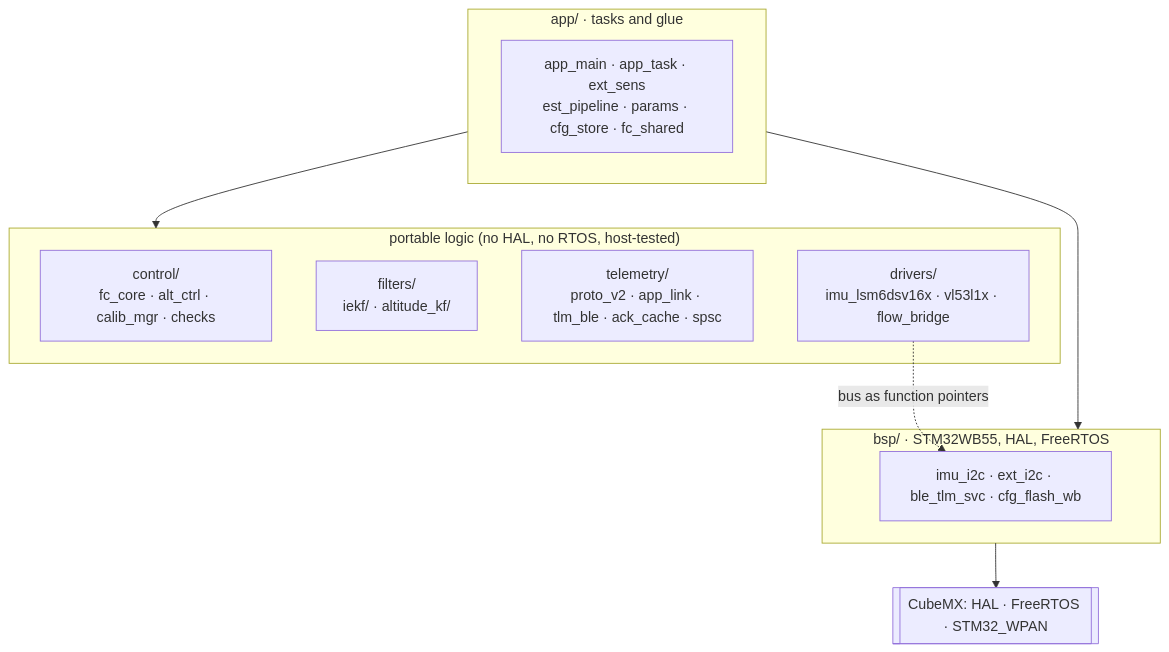
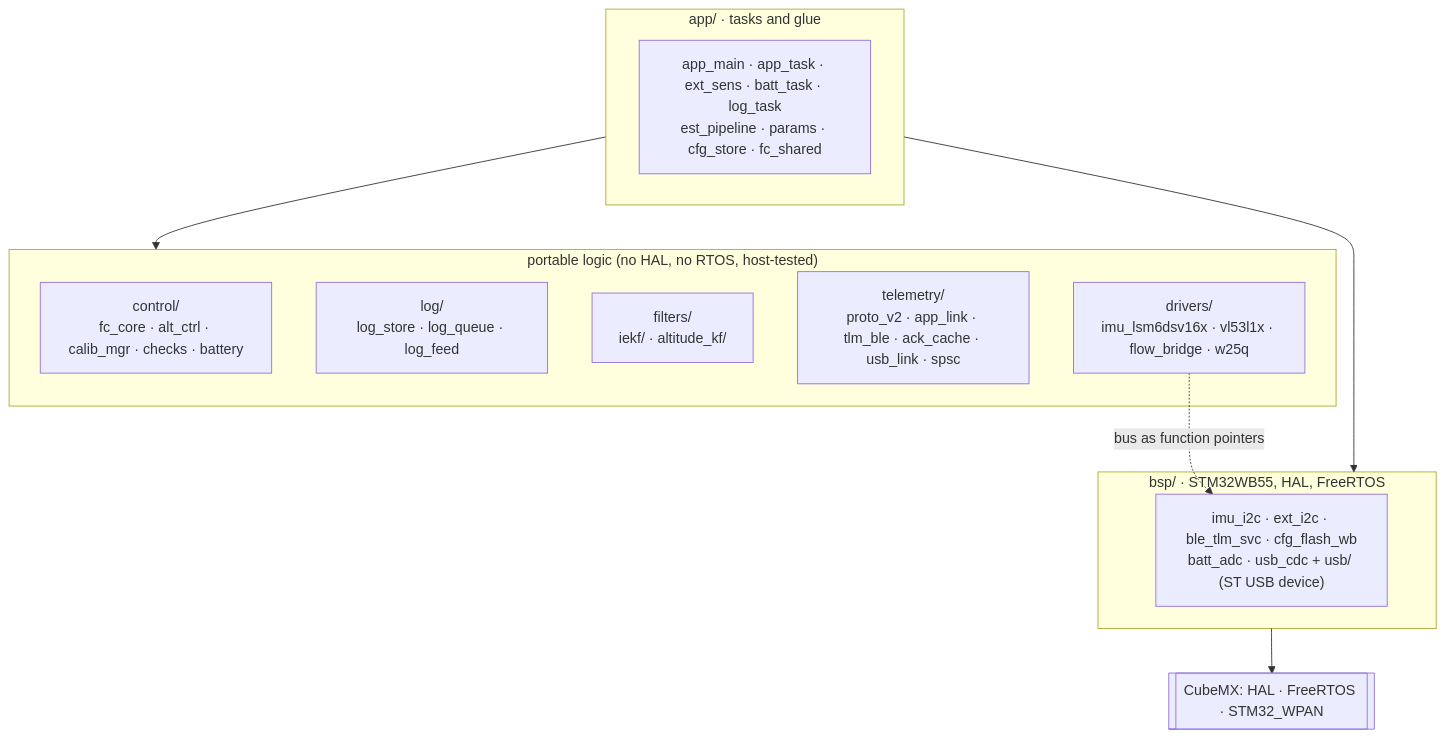
The third of 3 diagrams in 03 - Docs/firmware/architecture.md (ACwing-UAV/ACwing_FW), drawn with Mermaid before and after one commit. The commit also changed other lines of this file and 15 other files, not shown here.

First line of the commit message:
Docs: battery and failsafes, flight log and USB, ADR 0007/0008

````diff
--- a/03 - Docs/firmware/architecture.md
+++ b/03 - Docs/firmware/architecture.md
@@ -86,20 +95,21 @@
 ```mermaid
 flowchart TB
   subgraph APPL["app/ · tasks and glue"]
-    A1["app_main · app_task · ext_sens<br/>est_pipeline · params · cfg_store · fc_shared"]
+    A1["app_main · app_task · ext_sens · batt_task · log_task<br/>est_pipeline · params · cfg_store · fc_shared"]
   end
   subgraph LOGIC["portable logic (no HAL, no RTOS, host-tested)"]
-    C["control/<br/>fc_core · alt_ctrl · calib_mgr · checks"]
+    C["control/<br/>fc_core · alt_ctrl · calib_mgr · checks · battery"]
+    LG["log/<br/>log_store · log_queue · log_feed"]
     F["filters/<br/>iekf/ · altitude_kf/"]
-    T["telemetry/<br/>proto_v2 · app_link · tlm_ble · ack_cache · spsc"]
-    D["drivers/<br/>imu_lsm6dsv16x · vl53l1x · flow_bridge"]
+    T["telemetry/<br/>proto_v2 · app_link · tlm_ble · ack_cache · usb_link · spsc"]
+    D["drivers/<br/>imu_lsm6dsv16x · vl53l1x · flow_bridge · w25q"]
   end
   subgraph BOARD["bsp/ · STM32WB55, HAL, FreeRTOS"]
-    B["imu_i2c · ext_i2c · ble_tlm_svc · cfg_flash_wb"]
+    B["imu_i2c · ext_i2c · ble_tlm_svc · cfg_flash_wb<br/>batt_adc · usb_cdc + usb/ (ST USB device)"]
   end
   HAL[["CubeMX: HAL · FreeRTOS · STM32_WPAN"]]
   APPL --> LOGIC
   APPL --> BOARD
   D -. "bus as function pointers" .-> B
   BOARD --> HAL
 ```
````
